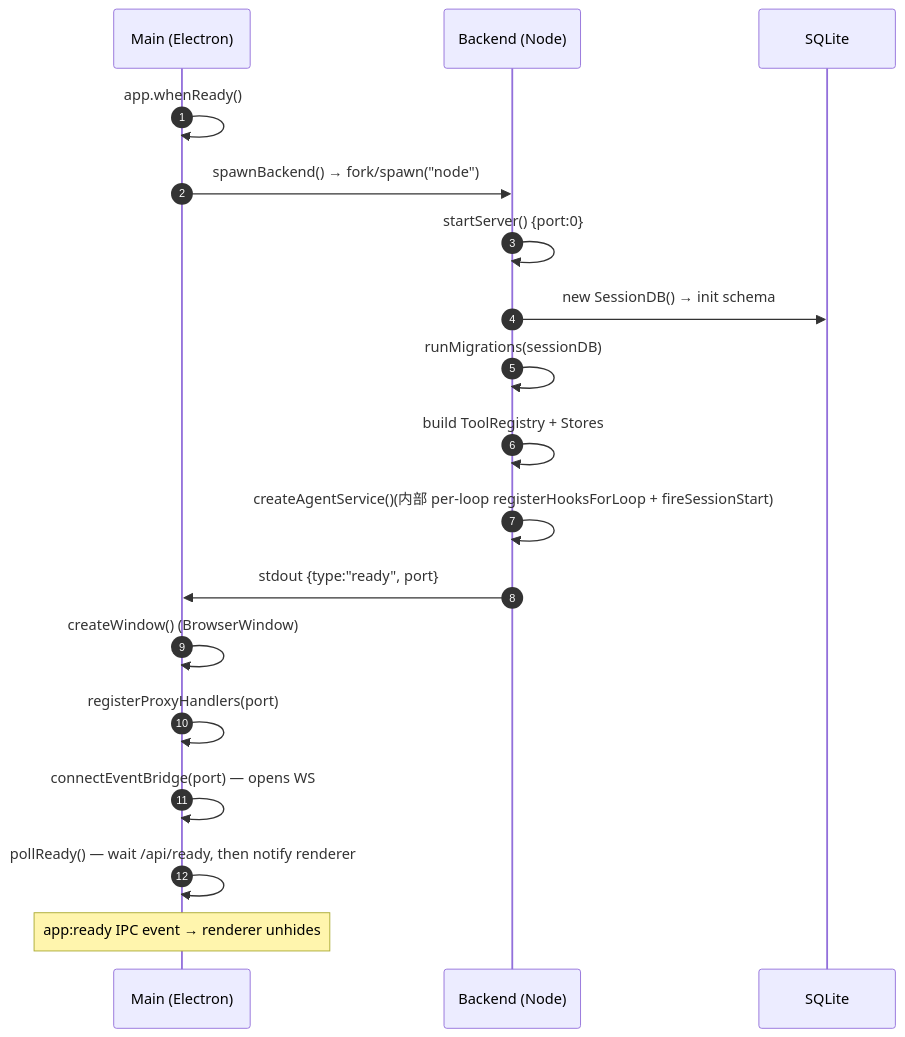
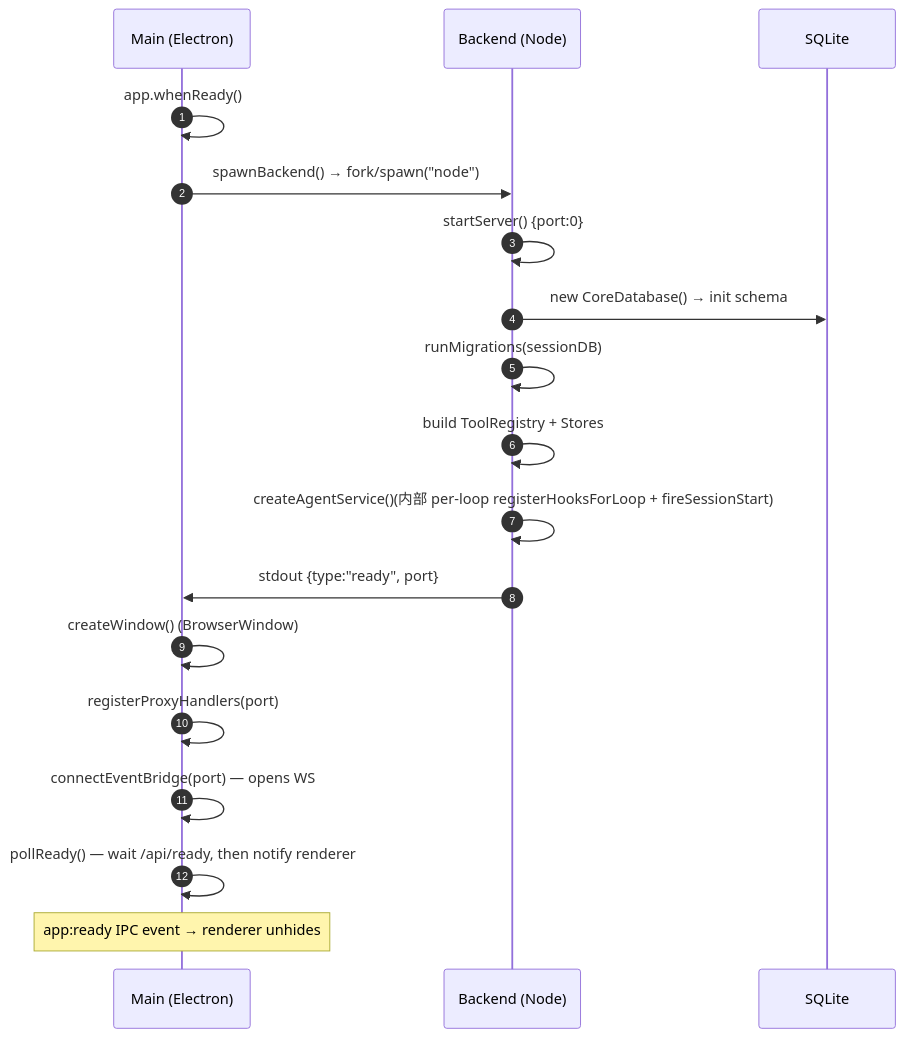
Before and after one commit to LanicBlue/zero-core: the second of 2 diagrams in docs/arch/01-system-overview.md, drawn with Mermaid. The commit also changed other lines of this file and 165 other files, not shown here.

First line of the commit message:
feat(wiki-system-redesign): sub-00 数据库基础(sessions.db→core.db + DatabaseManager + knowledge.db 退役)

````diff
--- a/docs/arch/01-system-overview.md
+++ b/docs/arch/01-system-overview.md
@@ -214,21 +214,21 @@
 ```mermaid
 sequenceDiagram
     autonumber
     participant M as Main (Electron)
     participant S as Backend (Node)
     participant D as SQLite
 
     M->>M: app.whenReady()
     M->>S: spawnBackend() → fork/spawn("node")
     S->>S: startServer() {port:0}
-    S->>D: new SessionDB() → init schema
+    S->>D: new CoreDatabase() → init schema
     S->>S: runMigrations(sessionDB)
     S->>S: build ToolRegistry + Stores
     S->>S: createAgentService()(内部 per-loop registerHooksForLoop + fireSessionStart)
     S->>M: stdout {type:"ready", port}
     M->>M: createWindow() (BrowserWindow)
     M->>M: registerProxyHandlers(port)
     M->>M: connectEventBridge(port) — opens WS
     M->>M: pollReady() — wait /api/ready, then notify renderer
     Note over M: app:ready IPC event → renderer unhides
 ```
````
